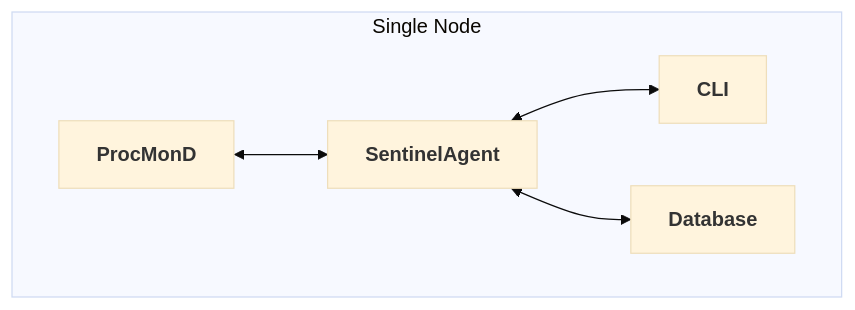
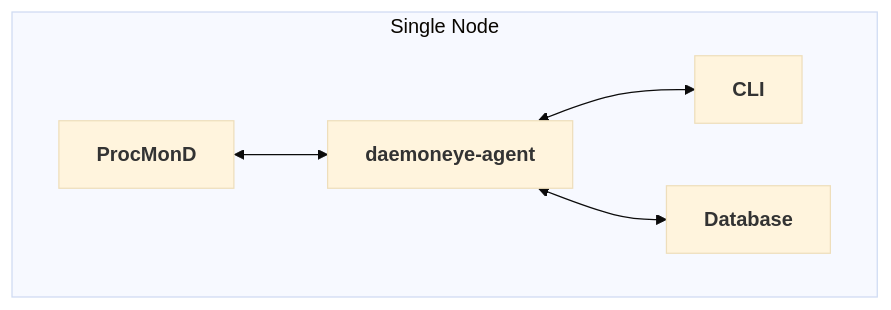
Before and after one commit to EvilBit-Labs/DaemonEye: the first of 3 diagrams in docs/src/deployment.md, drawn with Mermaid (base theme). The commit also changed other lines of this file and 24 other files, not shown here.

````diff
--- a/docs/src/deployment.md
+++ b/docs/src/deployment.md
@@ -73,13 +73,13 @@
 ```mermaid
 graph TB
     subgraph "Single Node"
         A[<b>ProcMonD</b>]
-        B[<b>SentinelAgent</b>]
+        B[<b>daemoneye-agent</b>]
         C[<b>CLI</b>]
         D[<b>Database</b>]
 
         A <--> B
         B <--> C
         B <--> D
     end
 ```
````
